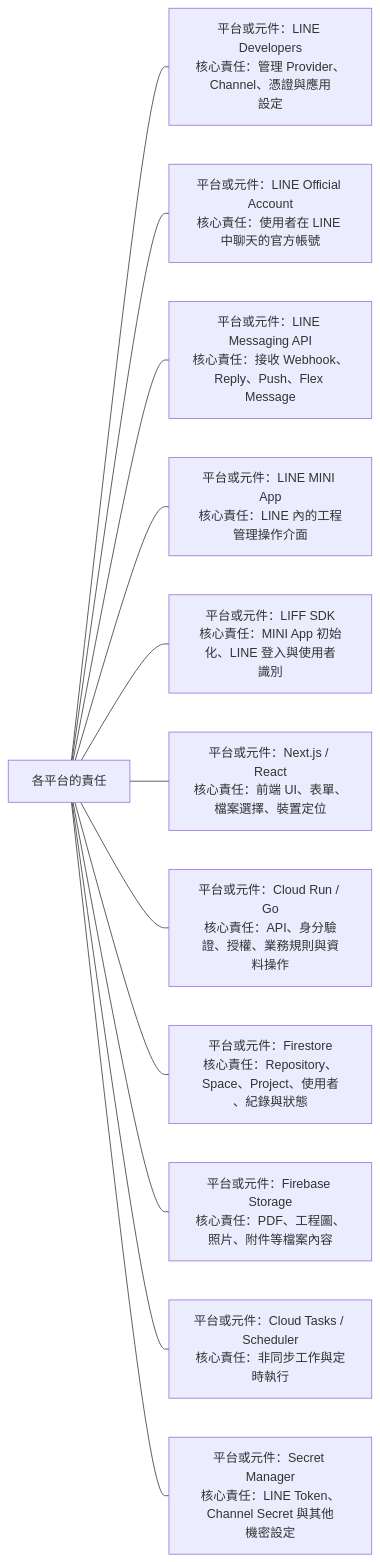
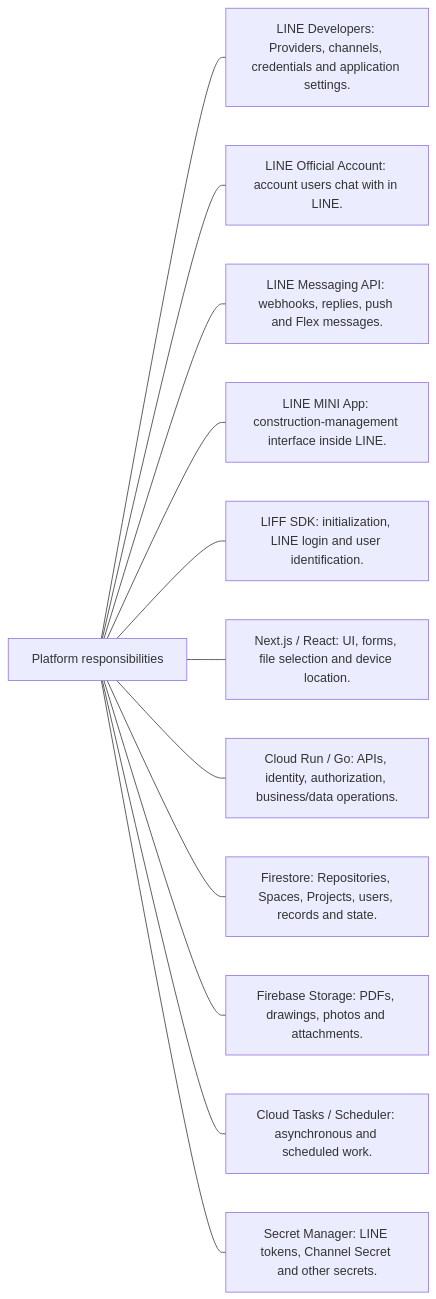
Before and after one commit to 963sup/line-mini-app-bot: the third of 38 diagrams in docs/proposals/line-engineering/README.md, drawn with Mermaid. The commit also changed other lines of this file and 341 other files, not shown here.

````diff
--- a/docs/proposals/line-engineering/README.md
+++ b/docs/proposals/line-engineering/README.md
@@ -45,15 +49,15 @@
 ```mermaid
 flowchart LR
-  h["各平台的責任"]
-  h --- n0["平台或元件：LINE Developers<br/>核心責任：管理 Provider、Channel、憑證與應用<br/>設定"]
-  h --- n1["平台或元件：LINE Official Account<br/>核心責任：使用者在 LINE 中聊天的官方帳號"]
-  h --- n2["平台或元件：LINE Messaging API<br/>核心責任：接收 Webhook、Reply、Push、Flex <br/>Message"]
-  h --- n3["平台或元件：LINE MINI App<br/>核心責任：LINE 內的工程管理操作介面"]
-  h --- n4["平台或元件：LIFF SDK<br/>核心責任：MINI App 初始化、LINE 登入與使用者<br/>識別"]
-  h --- n5["平台或元件：Next.js / React<br/>核心責任：前端 UI、表單、檔案選擇、裝置定位"]
-  h --- n6["平台或元件：Cloud Run / Go<br/>核心責任：API、身分驗證、授權、業務規則與資<br/>料操作"]
-  h --- n7["平台或元件：Firestore<br/>核心責任：Repository、Space、Project、使用者<br/>、紀錄與狀態"]
-  h --- n8["平台或元件：Firebase Storage<br/>核心責任：PDF、工程圖、照片、附件等檔案內容"]
-  h --- n9["平台或元件：Cloud Tasks / Scheduler<br/>核心責任：非同步工作與定時執行"]
-  h --- n10["平台或元件：Secret Manager<br/>核心責任：LINE Token、Channel Secret 與其他<br/>機密設定"]
+  h["Platform responsibilities"]
+  h --- n0["LINE Developers: Providers, channels, credentials and application settings."]
+  h --- n1["LINE Official Account: account users chat with in LINE."]
+  h --- n2["LINE Messaging API: webhooks, replies, push and Flex messages."]
+  h --- n3["LINE MINI App: construction-management interface inside LINE."]
+  h --- n4["LIFF SDK: initialization, LINE login and user identification."]
+  h --- n5["Next.js / React: UI, forms, file selection and device location."]
+  h --- n6["Cloud Run / Go: APIs, identity, authorization, business/data operations."]
+  h --- n7["Firestore: Repositories, Spaces, Projects, users, records and state."]
+  h --- n8["Firebase Storage: PDFs, drawings, photos and attachments."]
+  h --- n9["Cloud Tasks / Scheduler: asynchronous and scheduled work."]
+  h --- n10["Secret Manager: LINE tokens, Channel Secret and other secrets."]
 ```
````
